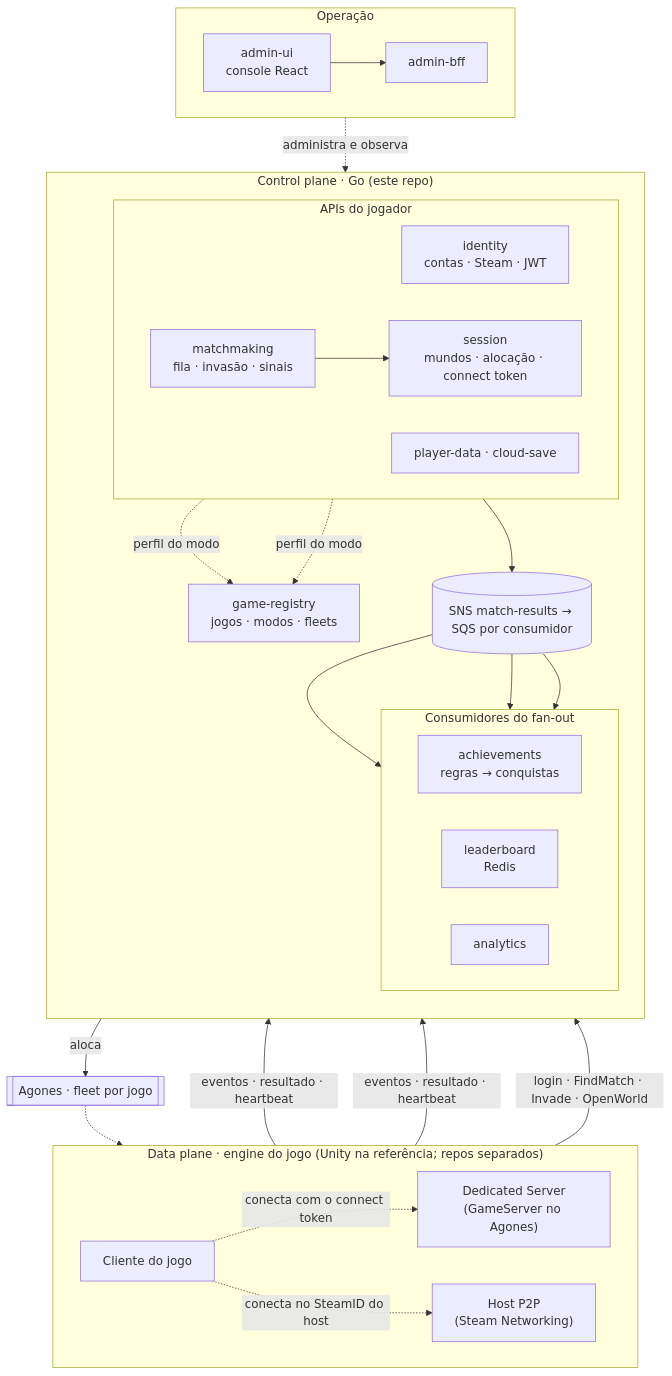
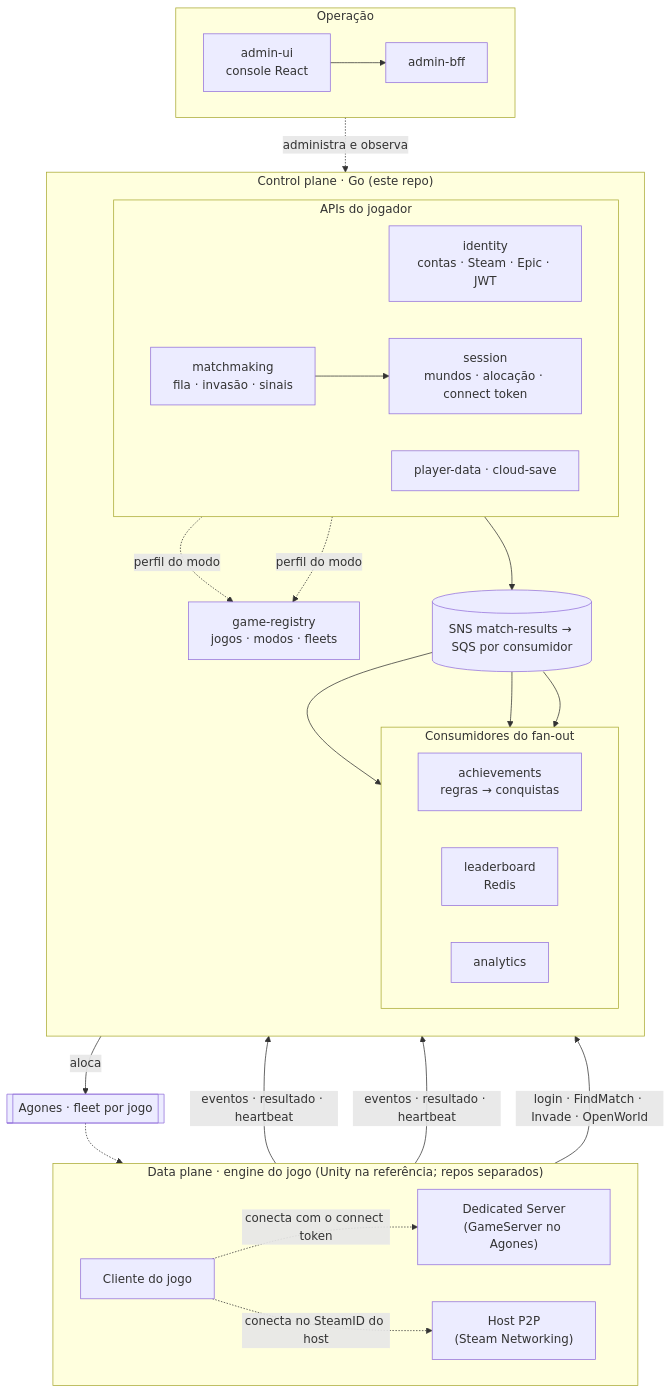
Before and after one commit to vitormartins1/go-multiplayer-control-plane: the first of 8 diagrams in docs/ARCHITECTURE.md, drawn with Mermaid. The commit also changed other lines of this file and 18 other files, not shown here.

````diff
--- a/docs/ARCHITECTURE.md
+++ b/docs/ARCHITECTURE.md
@@ -28,45 +28,45 @@
 ```mermaid
 flowchart TB
   subgraph DP["Data plane · engine do jogo (Unity na referência; repos separados)"]
     direction LR
     C["Cliente do jogo"]
     GS["Dedicated Server<br/>(GameServer no Agones)"]
     H["Host P2P<br/>(Steam Networking)"]
   end
 
   subgraph CP["Control plane · Go (este repo)"]
     direction TB
     subgraph EDGE["APIs do jogador"]
       direction LR
-      ID["identity<br/>contas · Steam · JWT"]
+      ID["identity<br/>contas · Steam · Epic · JWT"]
       MM["matchmaking<br/>fila · invasão · sinais"]
       SE["session<br/>mundos · alocação · connect token"]
       PD["player-data · cloud-save"]
     end
     GR["game-registry<br/>jogos · modos · fleets"]
     BUS[("SNS match-results → SQS por consumidor")]
     subgraph SINKS["Consumidores do fan-out"]
       direction LR
       ACH["achievements<br/>regras → conquistas"]
       LB["leaderboard<br/>Redis"]
       AN["analytics"]
     end
   end
 
   subgraph OPS["Operação"]
     direction LR
     UI["admin-ui<br/>console React"] --> BFF["admin-bff"]
   end
 
   AG[["Agones · fleet por jogo"]]
 
   C -->|"login · FindMatch · Invade · OpenWorld"| EDGE
   MM --> SE
   MM & SE -.->|perfil do modo| GR
   SE -->|aloca| AG -.-> GS
   C -.->|"conecta com o connect token"| GS
   C -.->|"conecta no SteamID do host"| H
   GS & H -->|"eventos · resultado · heartbeat"| SE
   SE --> BUS --> ACH & LB & AN
   BFF -.->|"administra e observa"| CP
 ```
````
